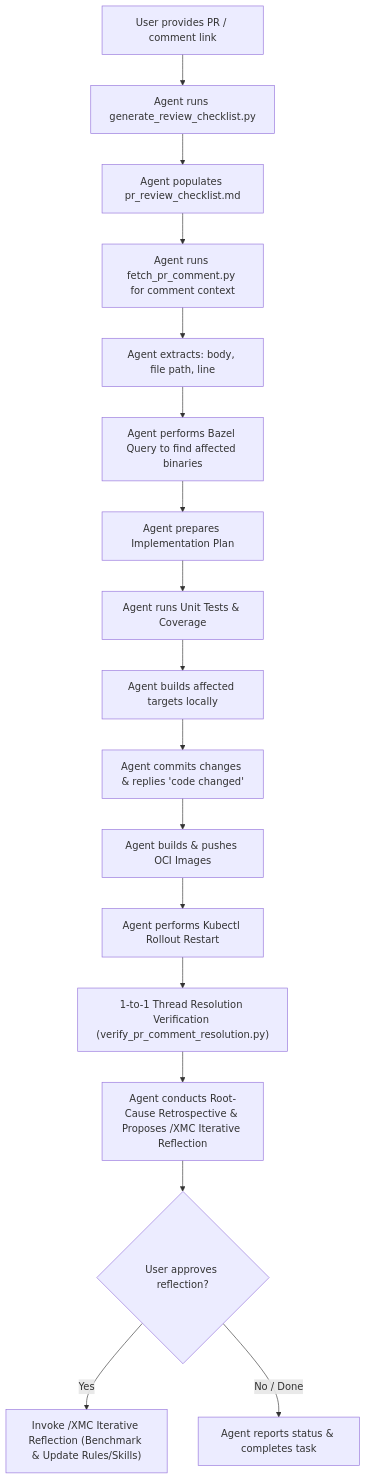
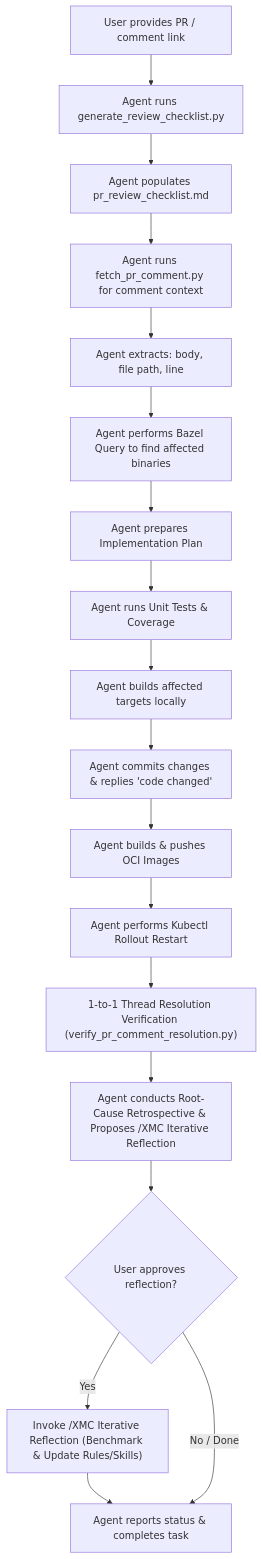
One commit to google/xmc changed the diagram in .agents/skills/xmc_address_pr_comment/SKILL.md. Above: the diagram before and after it, drawn with Mermaid. The commit also changed other lines of this file and 1 other file, not shown here.

First line of the commit message:
fix(skills): address Gemini review bot feedback on Mermaid diagrams and paths

````diff
--- a/.agents/skills/xmc_address_pr_comment/SKILL.md
+++ b/.agents/skills/xmc_address_pr_comment/SKILL.md
@@ -10,19 +10,20 @@
 ```mermaid
 graph TD
     A["User provides PR / comment link"] --> B["Agent runs generate_review_checklist.py"]
     B --> C["Agent populates pr_review_checklist.md"]
     C --> D["Agent runs fetch_pr_comment.py for comment context"]
     D --> E["Agent extracts: body, file path, line"]
     E --> F["Agent performs Bazel Query to find affected binaries"]
     F --> G["Agent prepares Implementation Plan"]
     G --> H["Agent runs Unit Tests & Coverage"]
     H --> I["Agent builds affected targets locally"]
     I --> J["Agent commits changes & replies 'code changed'"]
     J --> K["Agent builds & pushes OCI Images"]
     K --> L["Agent performs Kubectl Rollout Restart"]
     L --> M["1-to-1 Thread Resolution Verification (verify_pr_comment_resolution.py)"]
     M --> N["Agent conducts Root-Cause Retrospective & Proposes /XMC Iterative Reflection"]
     N --> O{"User approves reflection?"}
     O -->|Yes| P["Invoke /XMC Iterative Reflection (Benchmark & Update Rules/Skills)"]
-    O -->|No / Done| Q["Agent reports status & completes task"]
+    P --> Q["Agent reports status & completes task"]
+    O -->|No / Done| Q
 ```
````
